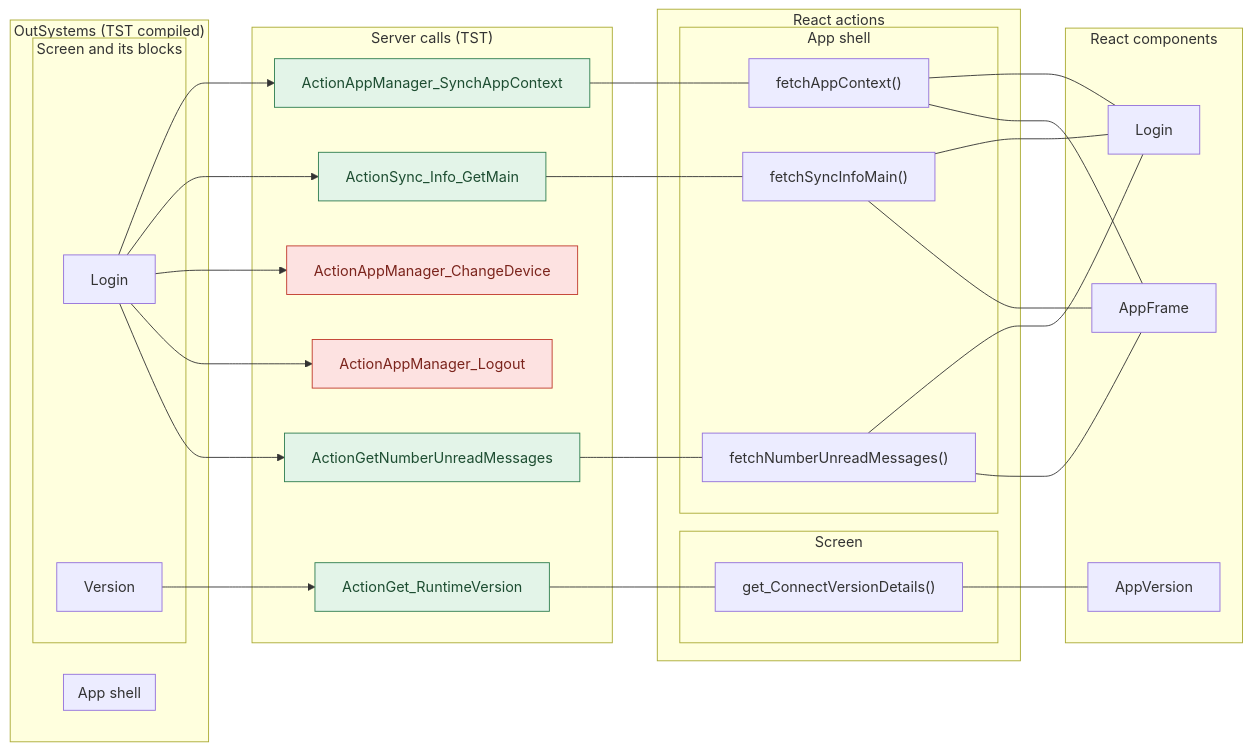
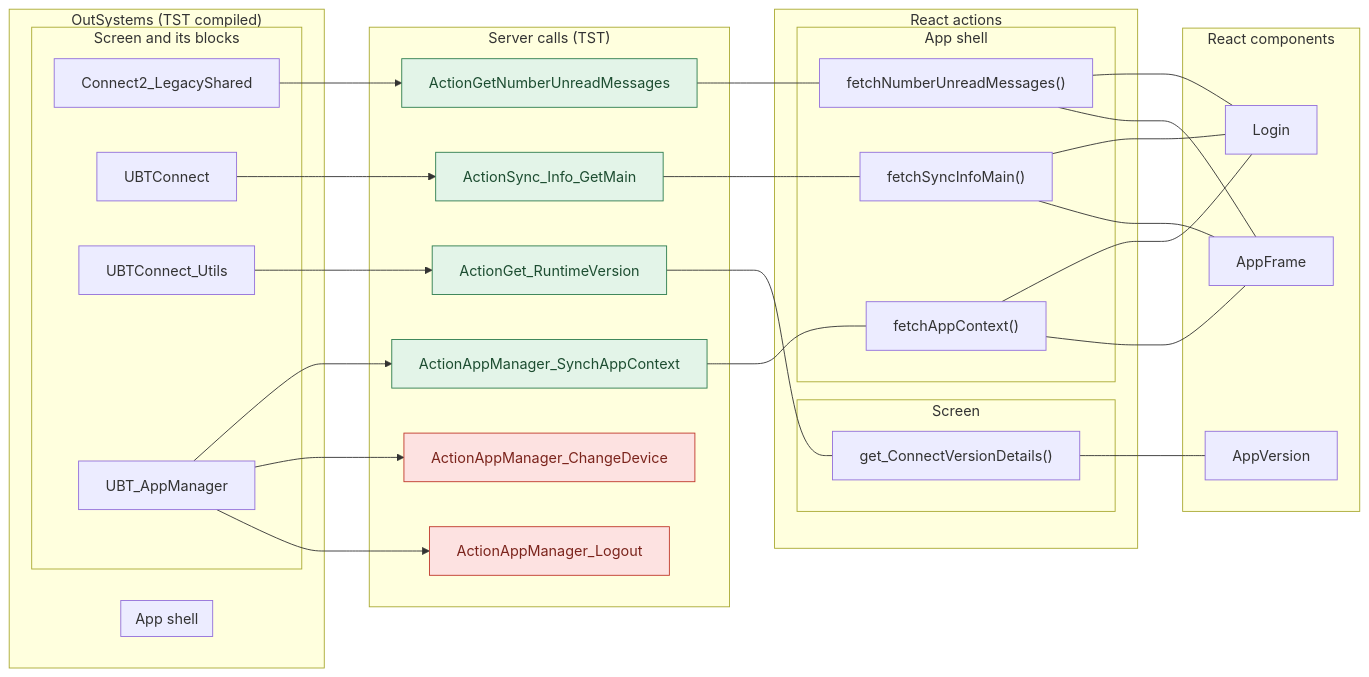
The first of 7 diagrams in migration/route-actions/Login.md (Phoenix-DX/connect-new-ui), drawn with Mermaid before and after one commit. The commit also changed other lines of this file and 9 other files, not shown here.

Commit message:
route actions: facts only; user actions as two independent lists (OutSystems view bindings, React JSX bindings) with Mermaid sequences; factual call columns (direct caller, chains, React references); app shell by definition (survey shell, main.tsx code); constants read for React paths

````diff
--- a/migration/route-actions/Login.md
+++ b/migration/route-actions/Login.md
@@ -49,55 +50,57 @@
 ```mermaid
 flowchart LR
   subgraph OS["OutSystems (TST compiled)"]
     subgraph OS_shell["App shell"]
     end
     subgraph OS_screen["Screen and its blocks"]
-      o0["Login"]
-      o1["Version"]
+      o0["Connect2_LegacyShared"]
+      o1["UBTConnect"]
+      o2["UBTConnect_Utils"]
+      o3["UBT_AppManager"]
     end
   end
   subgraph EP["Server calls (TST)"]
-    e2["ActionAppManager_SynchAppContext"]
-    e3["ActionSync_Info_GetMain"]
-    e4["ActionGet_RuntimeVersion"]
-    e5["ActionAppManager_ChangeDevice"]
-    e6["ActionAppManager_Logout"]
-    e7["ActionGetNumberUnreadMessages"]
+    e4["ActionAppManager_SynchAppContext"]
+    e5["ActionSync_Info_GetMain"]
+    e6["ActionGet_RuntimeVersion"]
+    e7["ActionAppManager_ChangeDevice"]
+    e8["ActionAppManager_Logout"]
+    e9["ActionGetNumberUnreadMessages"]
   end
   subgraph RE["React actions"]
     subgraph RE_shell["App shell"]
-      r8["fetchAppContext()"]
-      r9["fetchNumberUnreadMessages()"]
-      r10["fetchSyncInfoMain()"]
+      r10["fetchAppContext()"]
+      r11["fetchNumberUnreadMessages()"]
+      r12["fetchSyncInfoMain()"]
     end
     subgraph RE_page["Screen"]
-      r11["get_ConnectVersionDetails()"]
+      r13["get_ConnectVersionDetails()"]
     end
   end
   subgraph RC["React components"]
-    c12["AppFrame"]
-    c13["AppVersion"]
-    c14["Login"]
+    c14["AppFrame"]
+    c15["AppVersion"]
+    c16["Login"]
   end
-  r8 --- c14
-  r9 --- c14
+  r10 --- c16
+  r11 --- c16
+  r12 --- c16
   r10 --- c14
-  r8 --- c12
-  r9 --- c12
-  r10 --- c12
-  r11 --- c13
-  o0 --> e2
-  o0 --> e3
-  o0 --> e5
-  o0 --> e6
-  o0 --> e7
-  o1 --> e4
-  e2 --- r8
-  e3 --- r10
-  e4 --- r11
-  e7 --- r9
+  r11 --- c14
+  r12 --- c14
+  r13 --- c15
+  o3 --> e4
+  o3 --> e7
+  o3 --> e8
+  o1 --> e5
+  o2 --> e6
+  o0 --> e9
+  e4 --- r10
+  e5 --- r12
+  e6 --- r13
+  e9 --- r11
   classDef missing fill:#fde2e1,stroke:#c0392b,color:#7b241c
   classDef ok fill:#e3f4e8,stroke:#2e7d4f,color:#1d4d31
-  class e5,e6 missing
-  class e2,e3,e4,e7 ok
+  class e7,e8 missing
+  class e4,e5,e6,e9 ok
 ```
````
